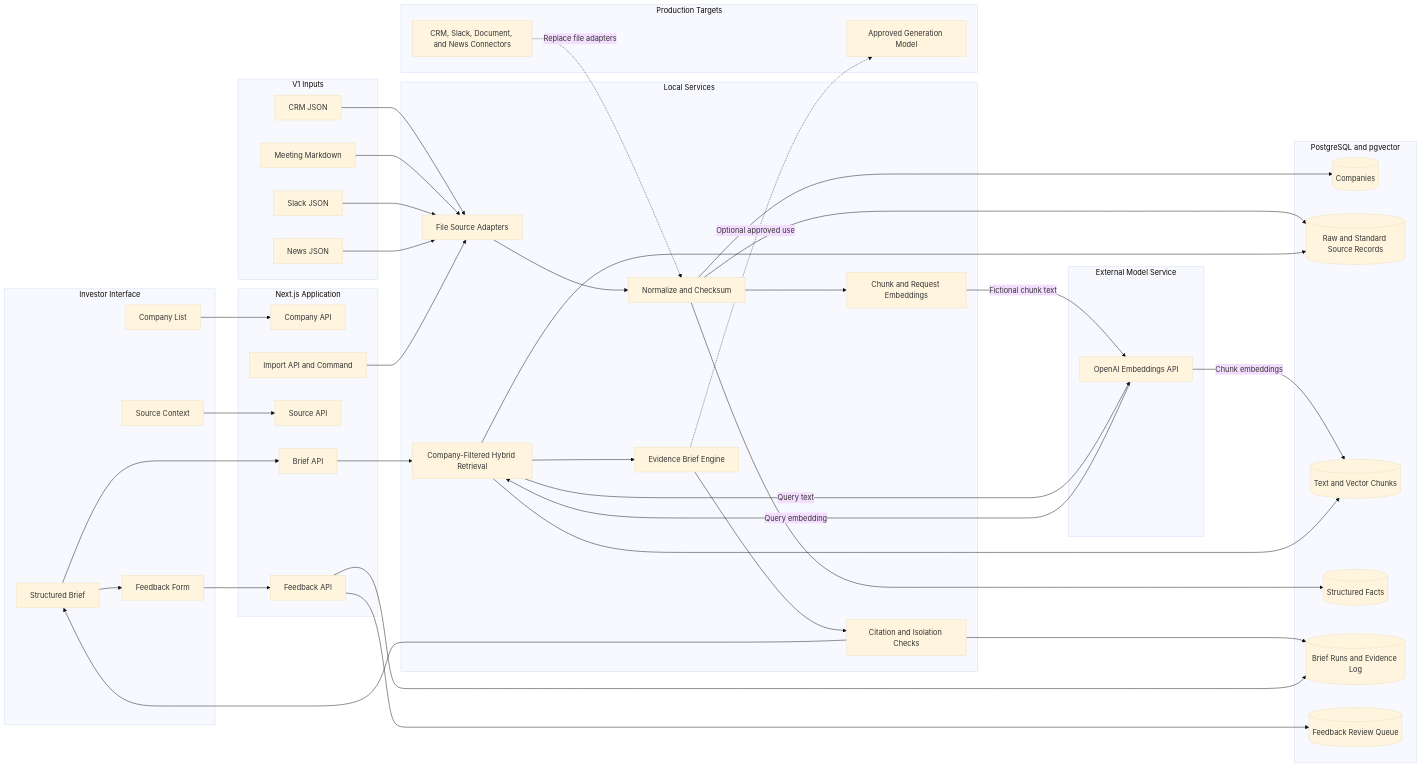
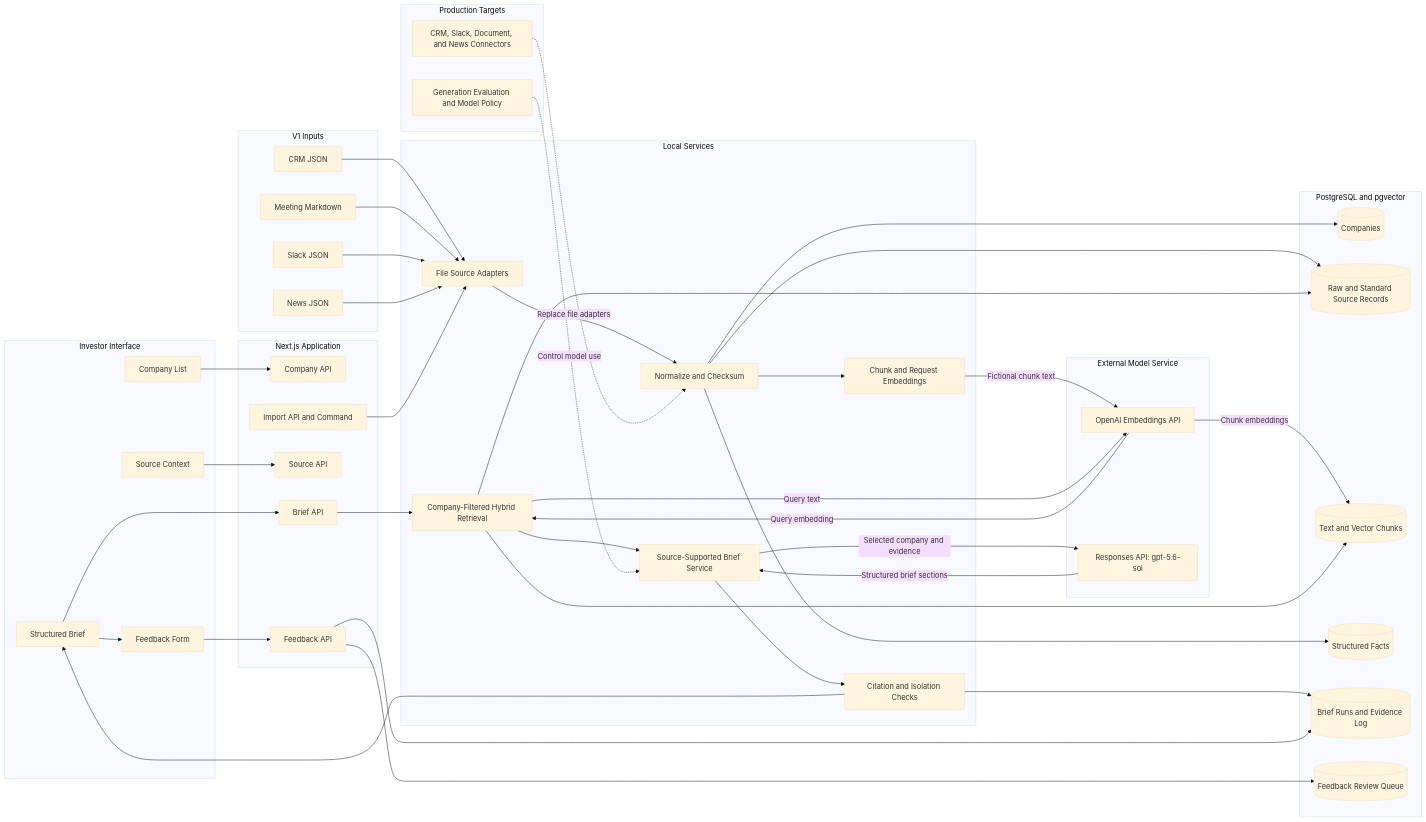
The diagram in docs/architecture.md (osuthorpe/LENS-POC), drawn with Mermaid (base theme) before and after one commit. The commit also changed other lines of this file and 18 other files, not shown here.

Commit message:
Add source-supported brief generation

````diff
--- a/docs/architecture.md
+++ b/docs/architecture.md
@@ -26,7 +26,7 @@
         normalize["Normalize and Checksum"]
         chunk["Chunk and Request Embeddings"]
         retrieve["Company-Filtered Hybrid Retrieval"]
-        generate["Evidence Brief Engine"]
+        generate["Source-Supported Brief Service"]
         validate["Citation and Isolation Checks"]
     end
 
@@ -48,11 +48,12 @@
 
     subgraph external ["External Model Service"]
         embeddings["OpenAI Embeddings API"]
+        responses["Responses API: gpt-5.6-sol"]
     end
 
     subgraph future ["Production Targets"]
         connectors["CRM, Slack, Document, and News Connectors"]
-        model["Approved Generation Model"]
+        modelPolicy["Generation Evaluation and Model Policy"]
     end
 
     companyList --> companyApi
@@ -77,6 +78,8 @@
     retrieve --> sources
     retrieve --> chunks
     retrieve --> generate
+    generate -- "Selected company and evidence" --> responses
+    responses -- "Structured brief sections" --> generate
     generate --> validate
     validate --> briefView
     validate --> audit
@@ -84,5 +87,5 @@
     feedbackApi --> audit
     feedbackApi --> feedback
     connectors -. "Replace file adapters" .-> normalize
-    generate -. "Optional approved use" .-> model
+    modelPolicy -. "Control model use" .-> generate
 ```
````
